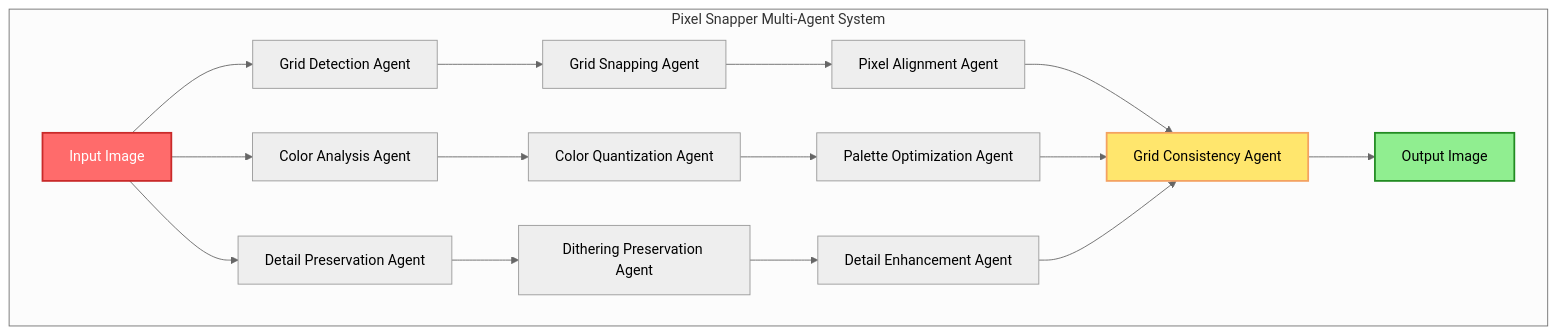
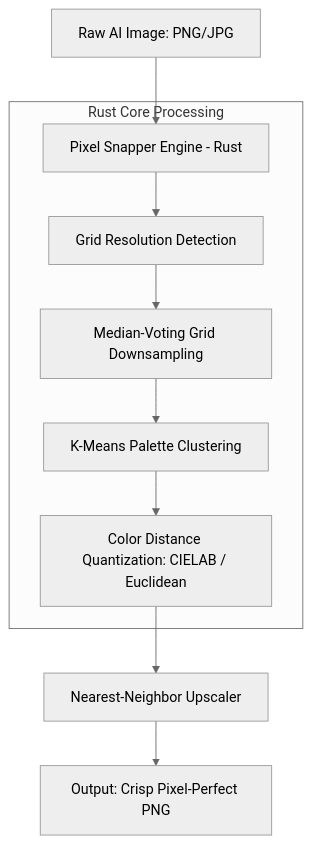
Before and after one commit to akillness/akillness.github.io: the diagram in _posts/2025/11/2025-11-25-spritefusion-pixel-snapper-ai-pixel-art-fix.md, drawn with Mermaid (neutral theme). The commit also changed other lines of this file and 1 other file, not shown here.

Commit message:
archive(dev): rebuild spritefusion-pixel-snapper-ai-pixel-art-fix from 2025-11 note

````diff
--- a/_posts/2025/11/2025-11-25-spritefusion-pixel-snapper-ai-pixel-art-fix.md
+++ b/_posts/2025/11/2025-11-25-spritefusion-pixel-snapper-ai-pixel-art-fix.md
@@ -61,26 +62,14 @@
 ```mermaid
-graph TB
-    subgraph "Pixel Snapper Multi-Agent System"
-        A[Input Image] --> B[Grid Detection Agent]
-        A --> C[Color Analysis Agent]
-        A --> D[Detail Preservation Agent]
-        
-        B --> E[Grid Snapping Agent]
-        C --> F[Color Quantization Agent]
-        D --> G[Dithering Preservation Agent]
-        
-        E --> H[Pixel Alignment Agent]
-        F --> I[Palette Optimization Agent]
-        G --> J[Detail Enhancement Agent]
-        
-        H --> K[Grid Consistency Agent]
-        I --> K
-        J --> K
-        
-        K --> L[Output Image]
+graph TD
+    A[Raw AI Image: PNG/JPG] --> B[Pixel Snapper Engine - Rust]
+    
+    subgraph Engine [Rust Core Processing]
+        B --> C[Grid Resolution Detection]
+        C --> D[Median-Voting Grid Downsampling]
+        D --> E[K-Means Palette Clustering]
+        E --> F[Color Distance Quantization: CIELAB / Euclidean]
     end
     
-    style A fill:#ff6b6b,stroke:#c92a2a,stroke-width:2px,color:#fff
-    style L fill:#90ee90,stroke:#228b22,stroke-width:2px,color:#000
-    style K fill:#ffe66d,stroke:#f4a261,stroke-width:2px,color:#000
+    F --> G[Nearest-Neighbor Upscaler]
+    G --> H[Output: Crisp Pixel-Perfect PNG]
 ```
````
